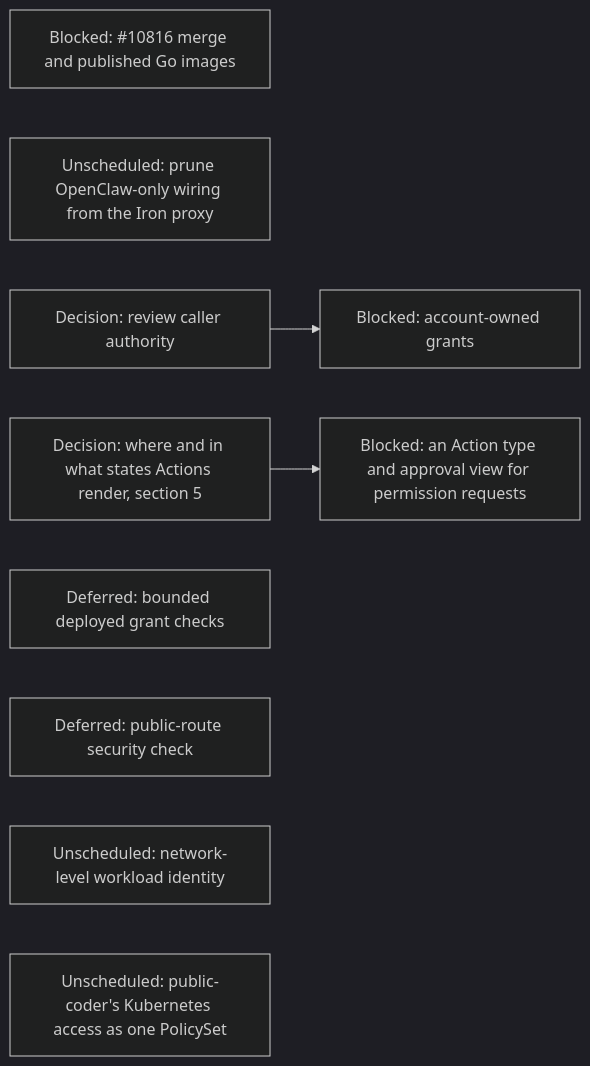
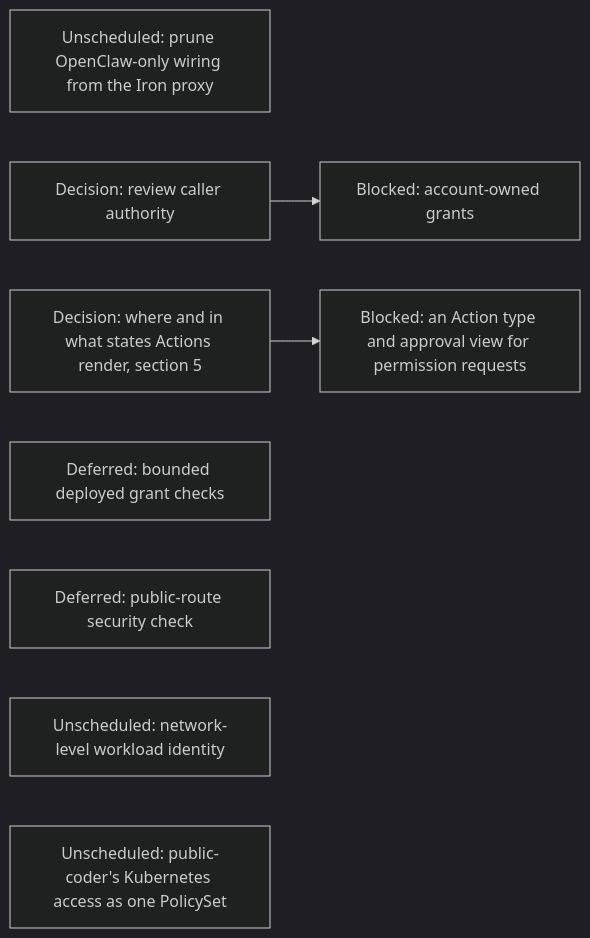
The ninth of 16 diagrams in agentplane/plans/task_dag.md (agentydragon/ducktape), drawn with Mermaid (dark theme) before and after one commit. The commit also changed other lines of this file and 3 other files, not shown here.

First line of the commit message:
egress: document the Go deployment and retire the cutover plan node

````diff
--- a/agentplane/plans/task_dag.md
+++ b/agentplane/plans/task_dag.md
@@ -1093,13 +1073,12 @@
 ```mermaid
 flowchart LR
-    EGRESS_GO_CUTOVER[Blocked: #10816 merge and published Go images]
     PC_EGRESS[Unscheduled: prune OpenClaw-only wiring from the Iron proxy]
     CLAUDE_AI_SA[Decision: review caller authority] --> MANAGED_SA_RBAC[Blocked: account-owned grants]
     AGENT_PERMISSION_REQUESTS[Blocked: an Action type and approval view for permission requests]
     ACTION_SURFACES_DESIGN[Decision: where and in what states Actions render, section 5]
     ACTION_SURFACES_DESIGN --> AGENT_PERMISSION_REQUESTS
     SANDBOX_RBAC[Deferred: bounded deployed grant checks]
     NOTIFICATION_INGRESS_BOUNDARY[Deferred: public-route security check]
     NETWORK_WORKLOAD_IDENTITY[Unscheduled: network-level workload identity]
     PC_KUBERNETES_POLICY_SET[Unscheduled: public-coder's Kubernetes access as one PolicySet]
 ```
````
